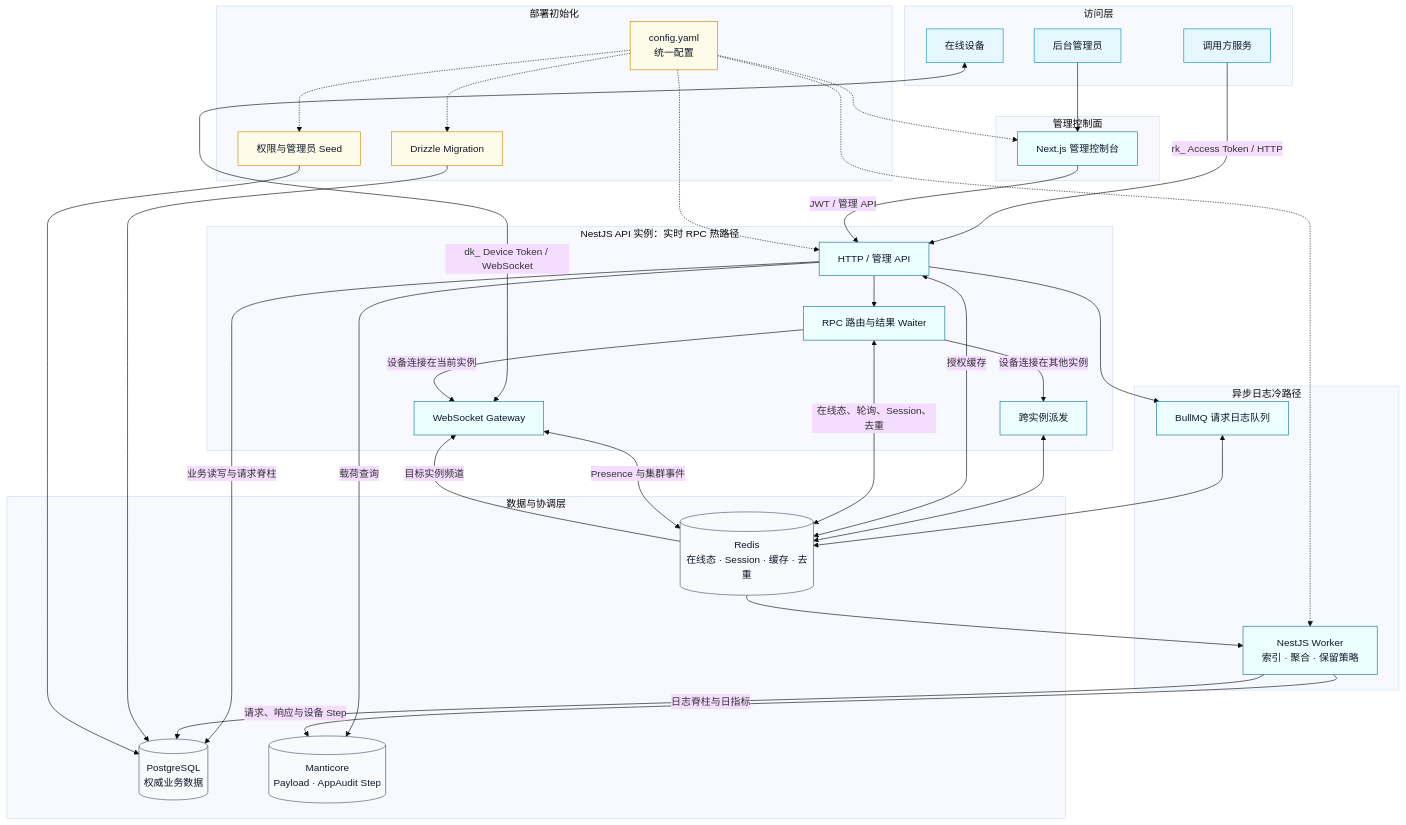
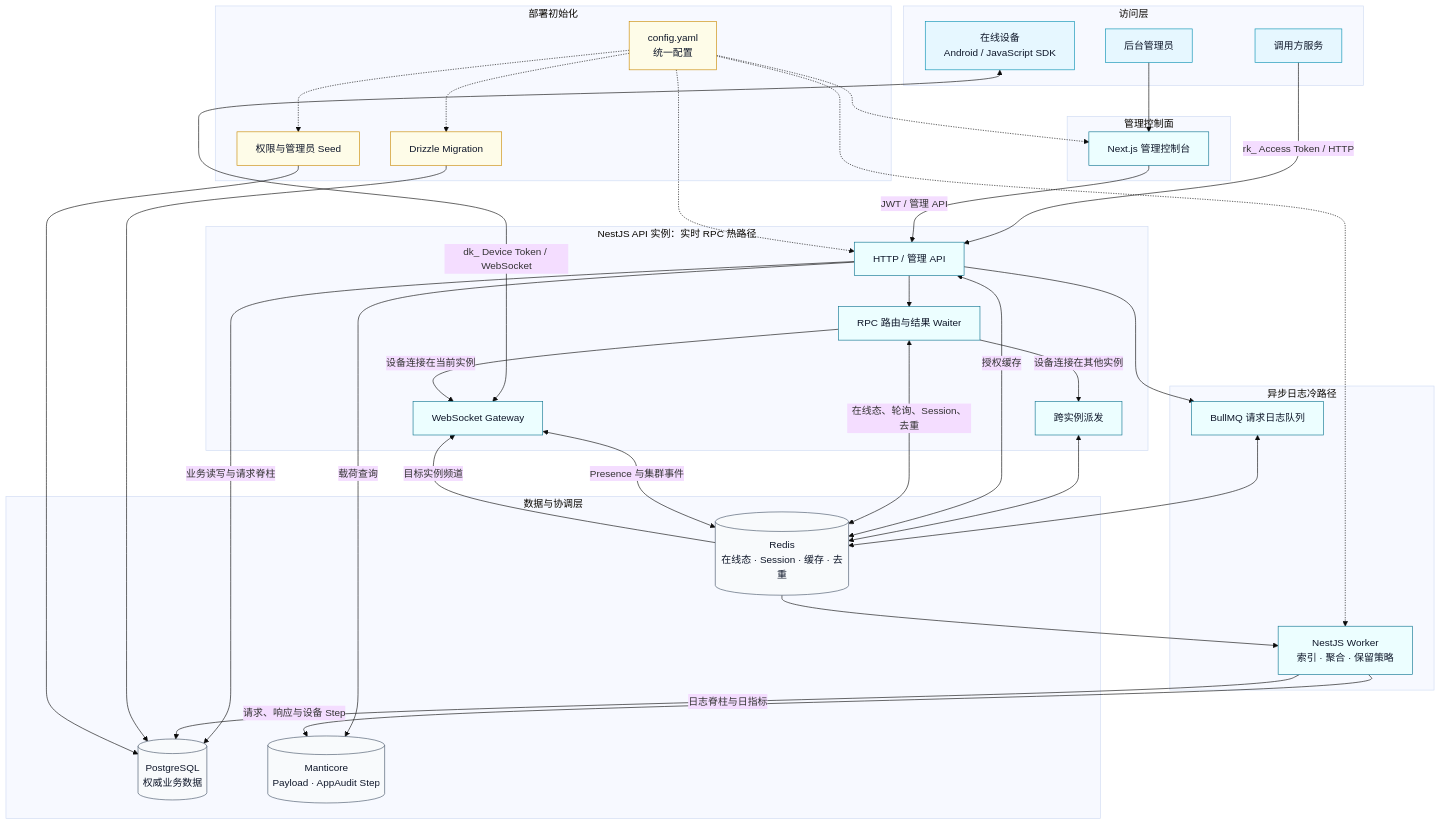
Before and after one commit to rezoch340/R2RPC: the diagram in README.md, drawn with Mermaid (base theme). The commit also changed other lines of this file and 51 other files, not shown here.

Commit message:
✨ 新增 Android 与 JavaScript SDK

````diff
--- a/README.md
+++ b/README.md
@@ -127,75 +130,75 @@
 ```mermaid
 flowchart TB
   subgraph AccessLayer["访问层"]
     Caller["调用方服务"]
     Administrator["后台管理员"]
-    Device["在线设备"]
+    Device["在线设备<br/>Android / JavaScript SDK"]
   end
 
   subgraph ControlPlane["管理控制面"]
     Frontend["Next.js 管理控制台"]
   end
 
   subgraph RealtimePlane["NestJS API 实例：实时 RPC 热路径"]
     API["HTTP / 管理 API"]
     Router["RPC 路由与结果 Waiter"]
     Gateway["WebSocket Gateway"]
     CrossInstance["跨实例派发"]
   end
 
   subgraph AsyncPlane["异步日志冷路径"]
     Queue["BullMQ 请求日志队列"]
     Worker["NestJS Worker<br/>索引 · 聚合 · 保留策略"]
   end
 
   subgraph DataPlane["数据与协调层"]
     PostgreSQL[("PostgreSQL<br/>权威业务数据")]
     Redis[("Redis<br/>在线态 · Session · 缓存 · 去重")]
     Manticore[("Manticore<br/>Payload · AppAudit Step")]
   end
 
   subgraph Bootstrap["部署初始化"]
     Migration["Drizzle Migration"]
     Seed["权限与管理员 Seed"]
     Configuration["config.yaml<br/>统一配置"]
   end
 
   Caller -->|"rk_ Access Token / HTTP"| API
   Administrator --> Frontend
   Frontend -->|"JWT / 管理 API"| API
   Device <-->|"dk_ Device Token / WebSocket"| Gateway
 
   API --> Router
   Router -->|"设备连接在当前实例"| Gateway
   Router -->|"设备连接在其他实例"| CrossInstance
   CrossInstance <--> Redis
   Redis -->|"目标实例频道"| Gateway
 
   API -->|"业务读写与请求脊柱"| PostgreSQL
   API <-->|"授权缓存"| Redis
   Router <-->|"在线态、轮询、Session、去重"| Redis
   Gateway <-->|"Presence 与集群事件"| Redis
   API -->|"载荷查询"| Manticore
   API --> Queue
   Queue <--> Redis
   Redis --> Worker
   Worker -->|"日志脊柱与日指标"| PostgreSQL
   Worker -->|"请求、响应与设备 Step"| Manticore
 
   Migration --> PostgreSQL
   Seed --> PostgreSQL
   Configuration -.-> API
   Configuration -.-> Worker
   Configuration -.-> Frontend
   Configuration -.-> Migration
   Configuration -.-> Seed
 
   classDef access fill:#e6f7ff,stroke:#0891b2,color:#0f172a;
   classDef service fill:#ecfeff,stroke:#0e7490,color:#0f172a;
   classDef data fill:#f8fafc,stroke:#475569,color:#0f172a;
   classDef bootstrap fill:#fefce8,stroke:#ca8a04,color:#0f172a;
   class Caller,Administrator,Device access;
   class Frontend,API,Router,Gateway,CrossInstance,Queue,Worker service;
   class PostgreSQL,Redis,Manticore data;
   class Migration,Seed,Configuration bootstrap;
 ```
````
